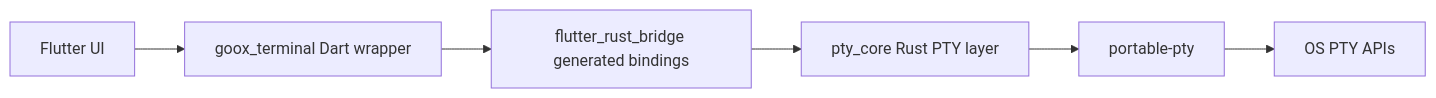
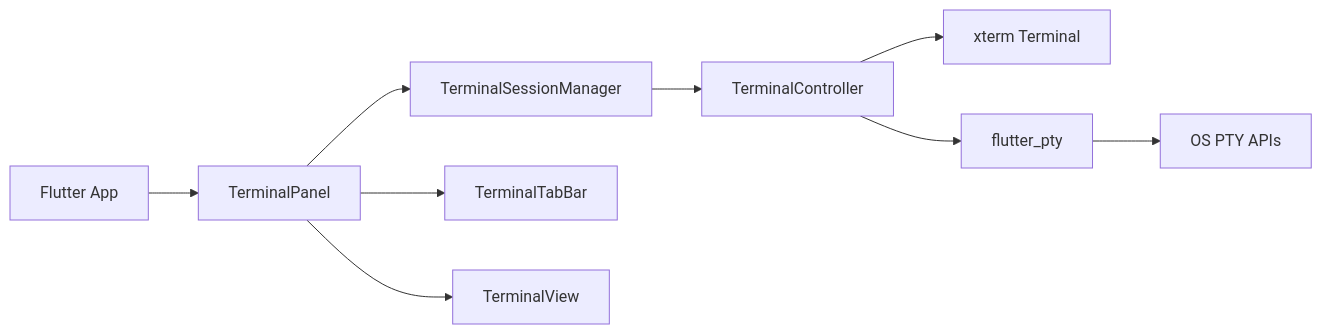
One commit to loveoverflowcom/goox changed the diagram in packages/goox_terminal/README.md. Above: the diagram before and after it, drawn with Mermaid. The commit also changed other lines of this file and 111 other files, not shown here.

````diff
--- a/packages/goox_terminal/README.md
+++ b/packages/goox_terminal/README.md
@@ -60,8 +125,11 @@
 ```mermaid
 flowchart LR
-  UI["Flutter UI"] --> Dart["goox_terminal Dart wrapper"]
-  Dart --> FRB["flutter_rust_bridge generated bindings"]
-  FRB --> Rust["pty_core Rust PTY layer"]
-  Rust --> PTY["portable-pty"]
+  App["Flutter App"] --> Panel["TerminalPanel"]
+  Panel --> Manager["TerminalSessionManager"]
+  Panel --> TabBar["TerminalTabBar"]
+  Panel --> View["TerminalView"]
+  Manager --> Controller["TerminalController"]
+  Controller --> XTerm["xterm Terminal"]
+  Controller --> PTY["flutter_pty"]
   PTY --> OS["OS PTY APIs"]
 ```
````
